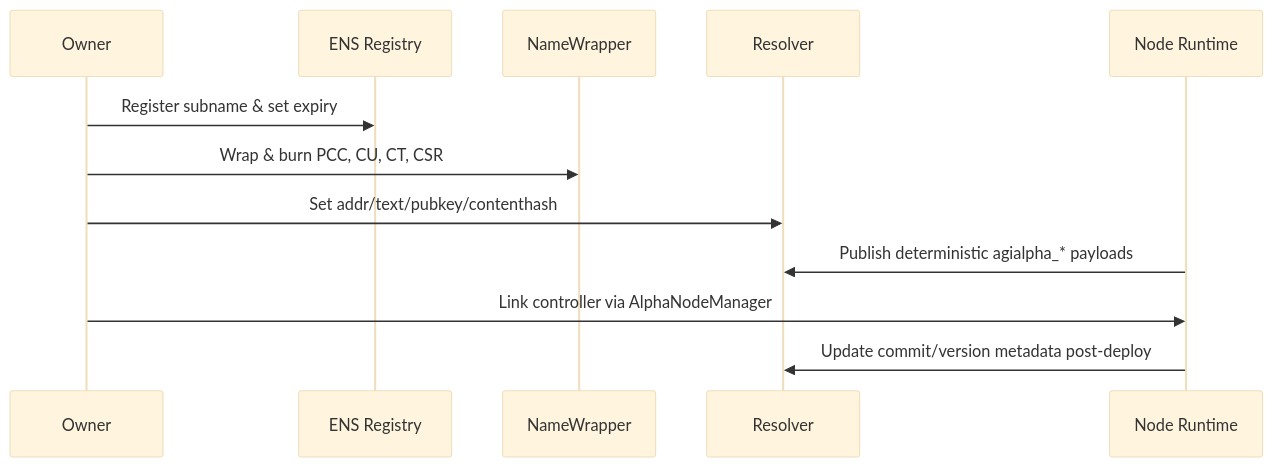
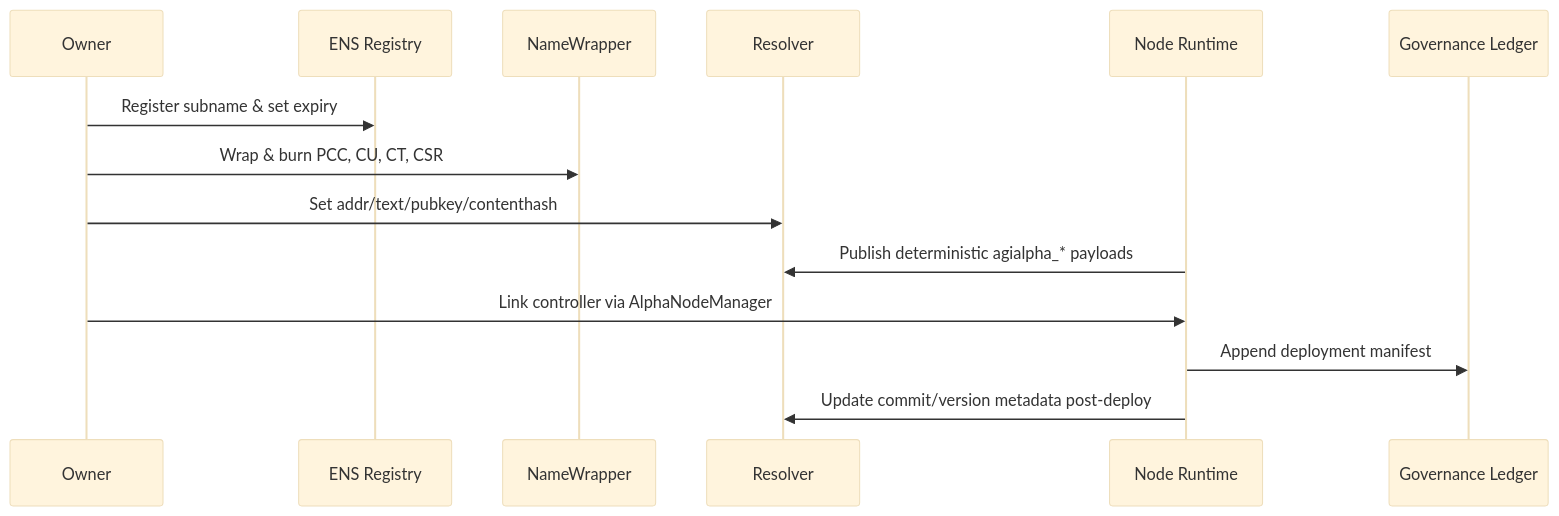
One commit to MontrealAI/AGI-Alpha-Node-v0 changed the third of 6 diagrams in docs/ens-identity-and-node-attestation-v0.0.1-alpha.md. Above: the diagram before and after it, drawn with Mermaid (base theme). The commit also changed other lines of this file, not shown here.

Commit message:
docs: expand ens attestation hyperspec governance controls

````diff
--- a/docs/ens-identity-and-node-attestation-v0.0.1-alpha.md
+++ b/docs/ens-identity-and-node-attestation-v0.0.1-alpha.md
@@ -206,15 +225,17 @@
 ```mermaid
 sequenceDiagram
   participant Owner
   participant Registry as ENS Registry
   participant Wrapper as NameWrapper
   participant Resolver
   participant Runtime as Node Runtime
+  participant Ledger as Governance Ledger
 
   Owner->>Registry: Register subname & set expiry
   Owner->>Wrapper: Wrap & burn PCC, CU, CT, CSR
   Owner->>Resolver: Set addr/text/pubkey/contenthash
   Runtime->>Resolver: Publish deterministic agialpha_* payloads
   Owner->>Runtime: Link controller via AlphaNodeManager
+  Runtime->>Ledger: Append deployment manifest
   Runtime->>Resolver: Update commit/version metadata post-deploy
 ```
````
